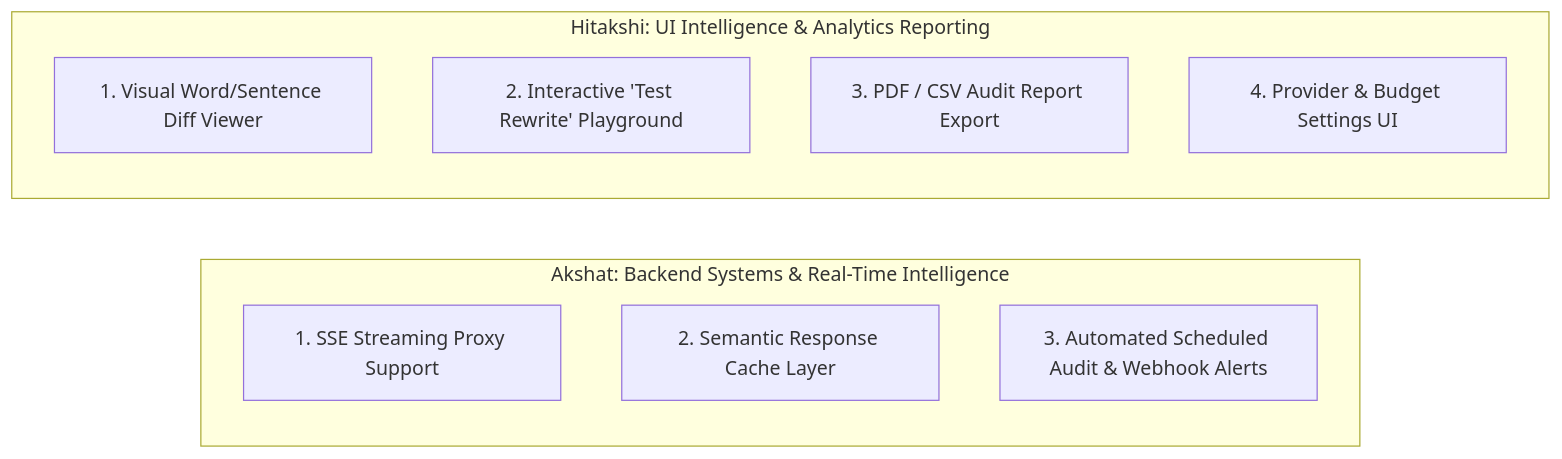
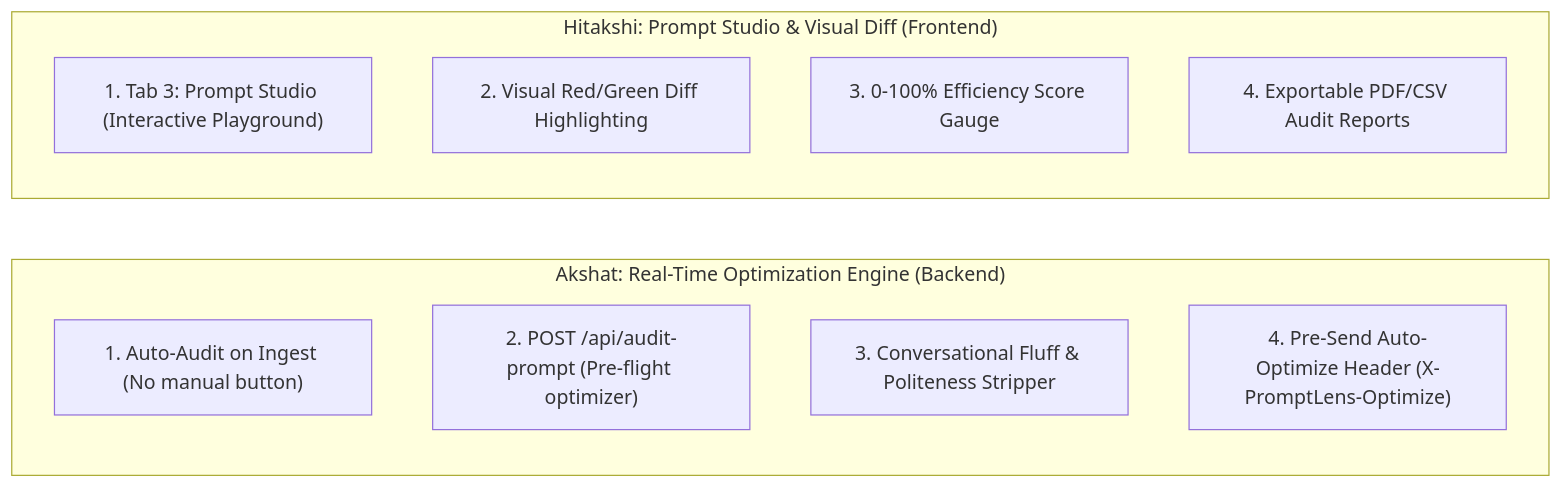
The second of 2 diagrams in ADVISORY.md (Aastha0625/PromptLens), drawn with Mermaid before and after one commit. The commit also changed other lines of this file, not shown here.

````diff
--- a/ADVISORY.md
+++ b/ADVISORY.md
@@ -170,15 +110,16 @@
 ```mermaid
 graph LR
-    subgraph AkshatTrack ["Akshat: Backend Systems & Real-Time Intelligence"]
-        A1["1. SSE Streaming Proxy Support"]
-        A2["2. Semantic Response Cache Layer"]
-        A3["3. Automated Scheduled Audit & Webhook Alerts"]
+    subgraph AkshatTrack ["Akshat: Real-Time Optimization Engine (Backend)"]
+        A1["1. Auto-Audit on Ingest (No manual button)"]
+        A2["2. POST /api/audit-prompt (Pre-flight optimizer)"]
+        A3["3. Conversational Fluff & Politeness Stripper"]
+        A4["4. Pre-Send Auto-Optimize Header (X-PromptLens-Optimize)"]
     end
 
-    subgraph HitakshiTrack ["Hitakshi: UI Intelligence & Analytics Reporting"]
-        H1["1. Visual Word/Sentence Diff Viewer"]
-        H2["2. Interactive 'Test Rewrite' Playground"]
-        H3["3. PDF / CSV Audit Report Export"]
-        H4["4. Provider & Budget Settings UI"]
+    subgraph HitakshiTrack ["Hitakshi: Prompt Studio & Visual Diff (Frontend)"]
+        H1["1. Tab 3: Prompt Studio (Interactive Playground)"]
+        H2["2. Visual Red/Green Diff Highlighting"]
+        H3["3. 0-100% Efficiency Score Gauge"]
+        H4["4. Exportable PDF/CSV Audit Reports"]
     end
 ```
````
